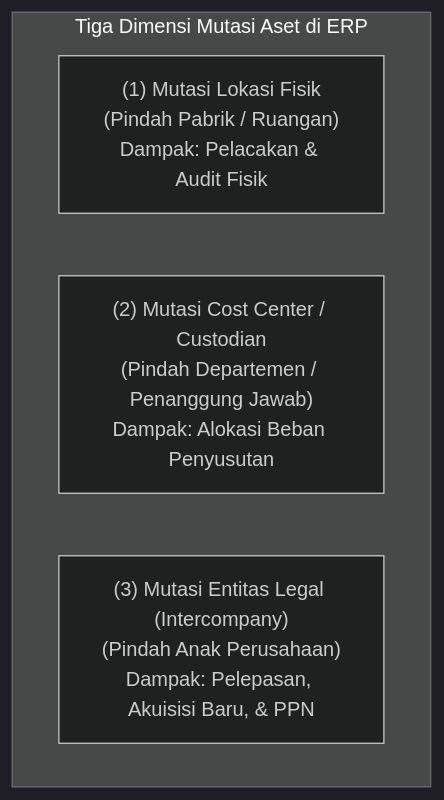
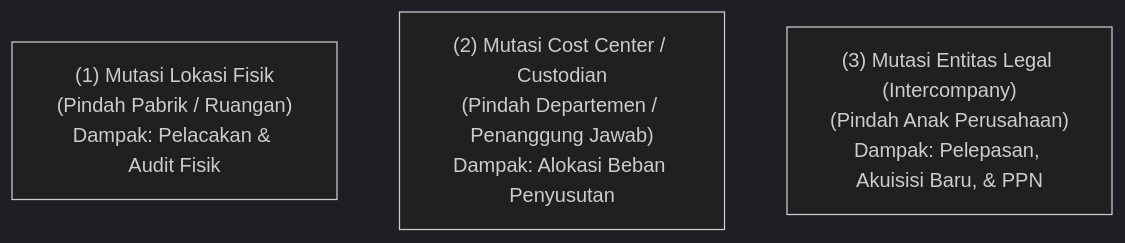
One commit to alimurrofid/erp-notes changed the first of 2 diagrams in content/08-assets/asset-transfer-and-location.md. Above: the diagram before and after it, drawn with Mermaid (dark theme). The commit also changed 58 other files, not shown here.

Commit message:
fix(content):Mermaid Subgraph

````diff
--- a/content/08-assets/asset-transfer-and-location.md
+++ b/content/08-assets/asset-transfer-and-location.md
@@ -15,8 +15,6 @@
 ```mermaid
 graph TD
-    subgraph TransferDimensions["Tiga Dimensi Mutasi Aset di ERP"]
         Phys["(1) Mutasi Lokasi Fisik<br/>(Pindah Pabrik / Ruangan)<br/>Dampak: Pelacakan & Audit Fisik"]
         Org["(2) Mutasi Cost Center / Custodian<br/>(Pindah Departemen / Penanggung Jawab)<br/>Dampak: Alokasi Beban Penyusutan"]
         Legal["(3) Mutasi Entitas Legal (Intercompany)<br/>(Pindah Anak Perusahaan)<br/>Dampak: Pelepasan, Akuisisi Baru, & PPN"]
-    end
 ```
````
